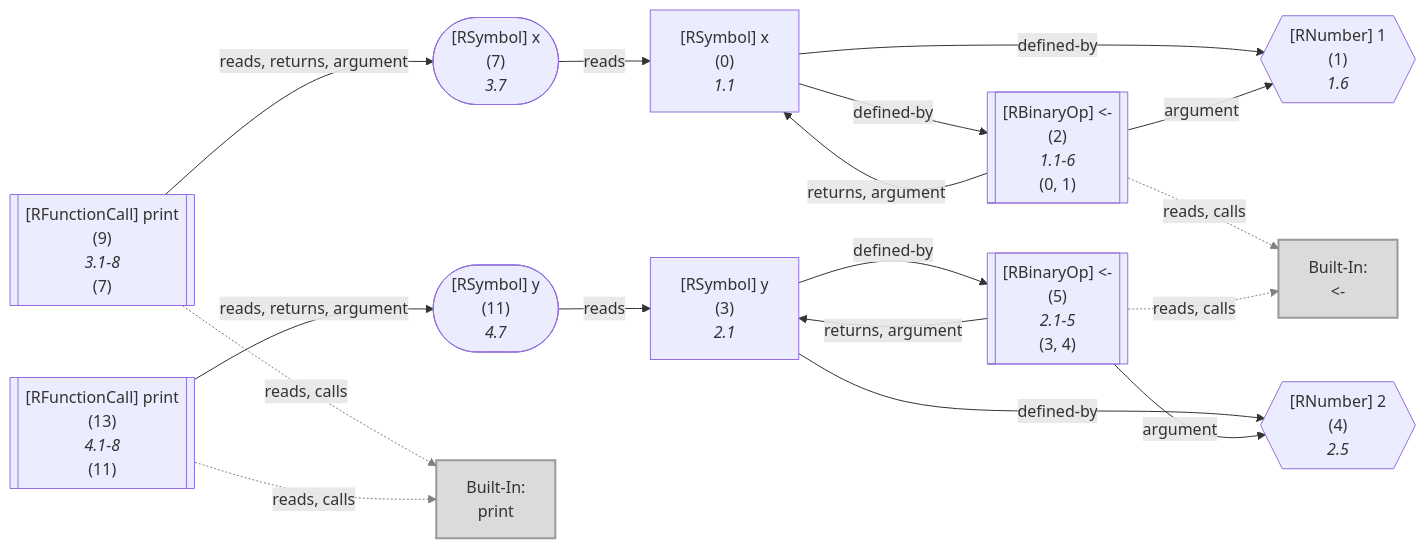
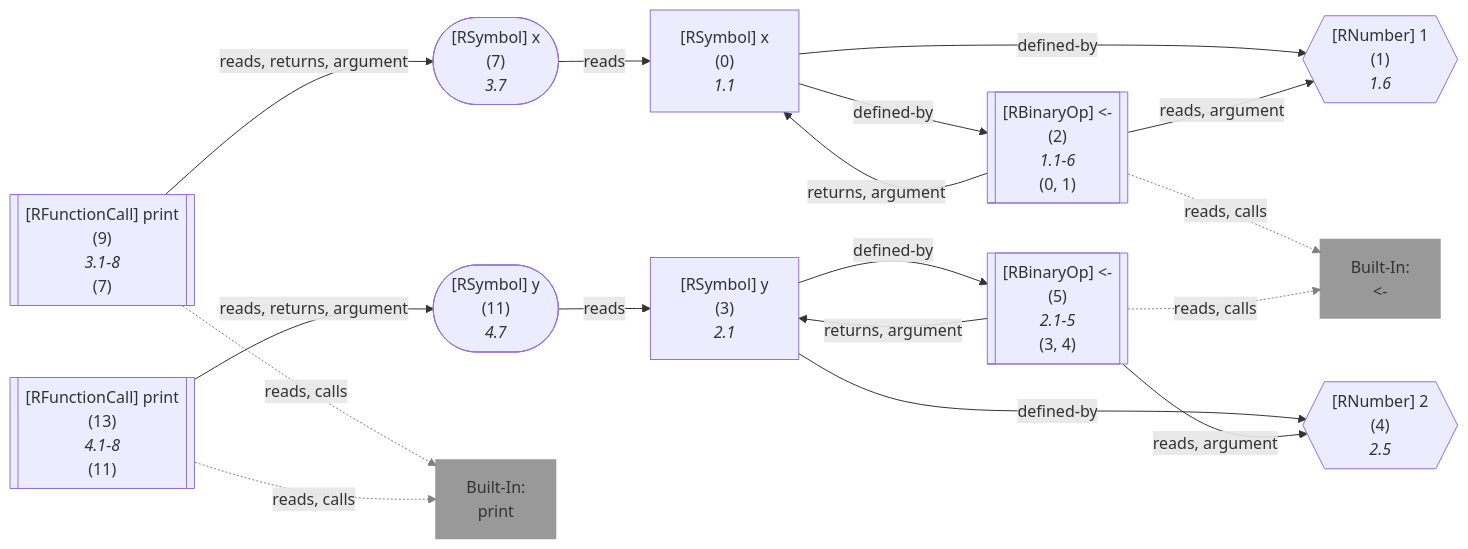
Diagram 16 of 17 in wiki/Query API.md (flowr-analysis/flowr), drawn with Mermaid before and after one commit. The commit also changed other lines of this file and 18 other files, not shown here.

````diff
--- a/wiki/Query API.md
+++ b/wiki/Query API.md
@@ -5485,63 +5653,63 @@
 ```mermaid
 flowchart LR
     1{{"`#91;RNumber#93; 1
       (1)
       *1.6*`"}}
     0["`#91;RSymbol#93; x
       (0)
       *1.1*`"]
     2[["`#91;RBinaryOp#93; #60;#45;
       (2)
       *1.1-6*
     (0, 1)`"]]
     built-in:_-["`Built-In:
 #60;#45;`"]
-    style built-in:_- stroke:gray,fill:lightgray,stroke-width:2px,opacity:.8;
+    style built-in:_- stroke:gray,fill:gray,stroke-width:2px,opacity:.8;
     4{{"`#91;RNumber#93; 2
       (4)
       *2.5*`"}}
     3["`#91;RSymbol#93; y
       (3)
       *2.1*`"]
     5[["`#91;RBinaryOp#93; #60;#45;
       (5)
       *2.1-5*
     (3, 4)`"]]
     7(["`#91;RSymbol#93; x
       (7)
       *3.7*`"])
     9[["`#91;RFunctionCall#93; print
       (9)
       *3.1-8*
     (7)`"]]
     built-in:print["`Built-In:
 print`"]
-    style built-in:print stroke:gray,fill:lightgray,stroke-width:2px,opacity:.8;
+    style built-in:print stroke:gray,fill:gray,stroke-width:2px,opacity:.8;
     11(["`#91;RSymbol#93; y
       (11)
       *4.7*`"])
     13[["`#91;RFunctionCall#93; print
       (13)
       *4.1-8*
     (11)`"]]
     0 -->|"defined-by"| 1
     0 -->|"defined-by"| 2
-    2 -->|"argument"| 1
+    2 -->|"reads, argument"| 1
     2 -->|"returns, argument"| 0
     2 -.->|"reads, calls"| built-in:_-
     linkStyle 4 stroke:gray;
     3 -->|"defined-by"| 4
     3 -->|"defined-by"| 5
-    5 -->|"argument"| 4
+    5 -->|"reads, argument"| 4
     5 -->|"returns, argument"| 3
     5 -.->|"reads, calls"| built-in:_-
     linkStyle 9 stroke:gray;
     7 -->|"reads"| 0
     9 -->|"reads, returns, argument"| 7
     9 -.->|"reads, calls"| built-in:print
     linkStyle 12 stroke:gray;
     11 -->|"reads"| 3
     13 -->|"reads, returns, argument"| 11
     13 -.->|"reads, calls"| built-in:print
     linkStyle 15 stroke:gray;
 ```
````
